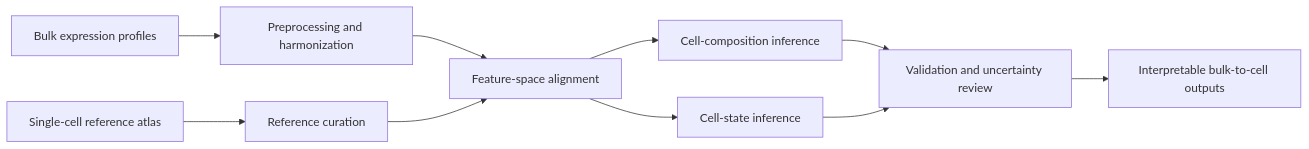
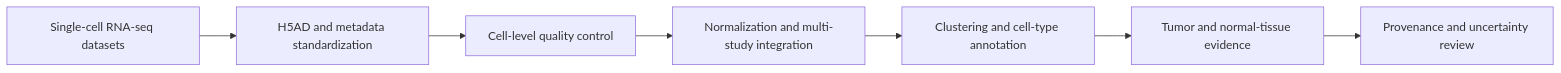
The first of 2 diagrams in _projects/bulk-to-single-cell-and-virtual-cell.md (Bruce-BC/bruce-bc.github.io), drawn with Mermaid before and after one commit. The commit also changed other lines of this file and 1 other file, not shown here.

First line of the commit message:
Represent CRC annotation as the work actually performed

````diff
--- a/_projects/bulk-to-single-cell-and-virtual-cell.md
+++ b/_projects/bulk-to-single-cell-and-virtual-cell.md
@@ -31,13 +22,10 @@
 ```mermaid
 flowchart LR
-    bulk_expression[Bulk expression profiles] --> preprocessing_harmonization[Preprocessing and harmonization]
-    single_cell_reference[Single-cell reference atlas] --> reference_curation[Reference curation]
-    preprocessing_harmonization --> feature_alignment[Feature-space alignment]
-    reference_curation --> feature_alignment
-    feature_alignment --> composition_inference[Cell-composition inference]
-    feature_alignment --> state_inference[Cell-state inference]
-    composition_inference --> validation_uncertainty[Validation and uncertainty review]
-    state_inference --> validation_uncertainty
-    validation_uncertainty --> interpretable_outputs[Interpretable bulk-to-cell outputs]
-    class preprocessing_harmonization,reference_curation,feature_alignment,composition_inference,state_inference,validation_uncertainty project-tool-node
+    single_cell_datasets[Single-cell RNA-seq datasets] --> metadata_standardization[H5AD and metadata standardization]
+    metadata_standardization --> cell_quality_control[Cell-level quality control]
+    cell_quality_control --> study_integration[Normalization and multi-study integration]
+    study_integration --> clustering_annotation[Clustering and cell-type annotation]
+    clustering_annotation --> tumor_normal_evidence[Tumor and normal-tissue evidence]
+    tumor_normal_evidence --> provenance_review[Provenance and uncertainty review]
+    class metadata_standardization,cell_quality_control,study_integration,clustering_annotation,tumor_normal_evidence,provenance_review project-tool-node
 ```
````
